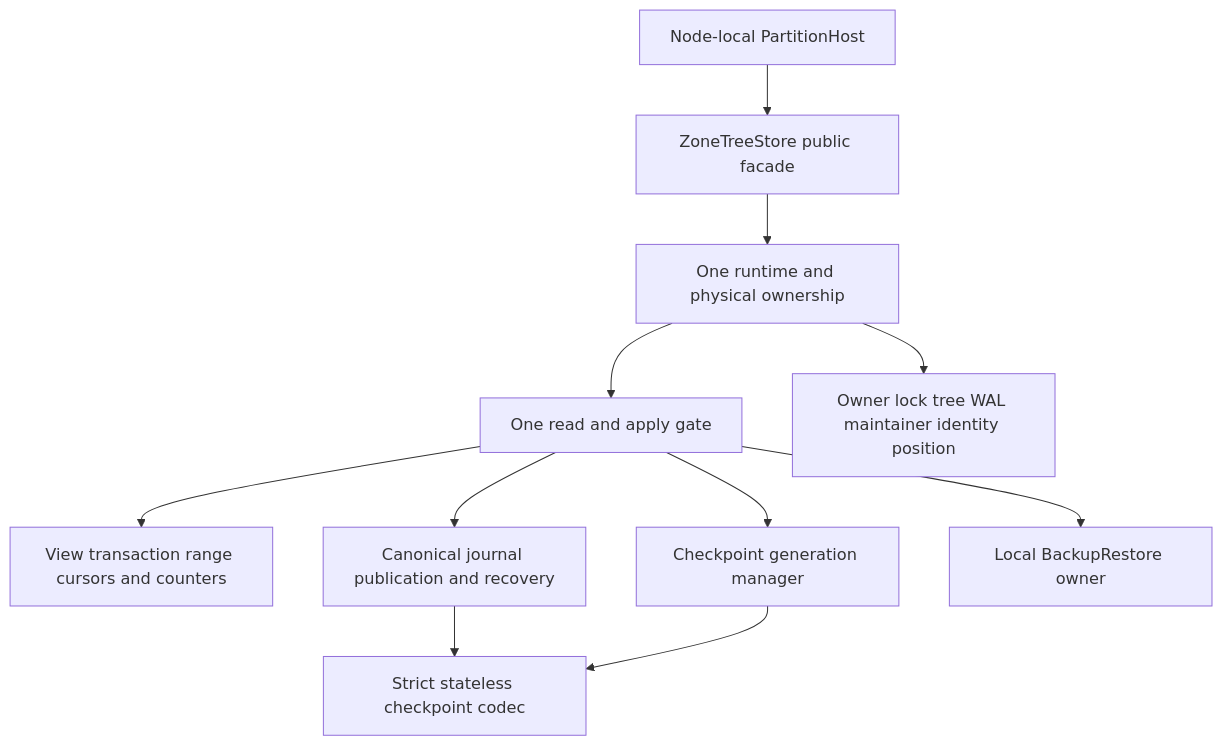
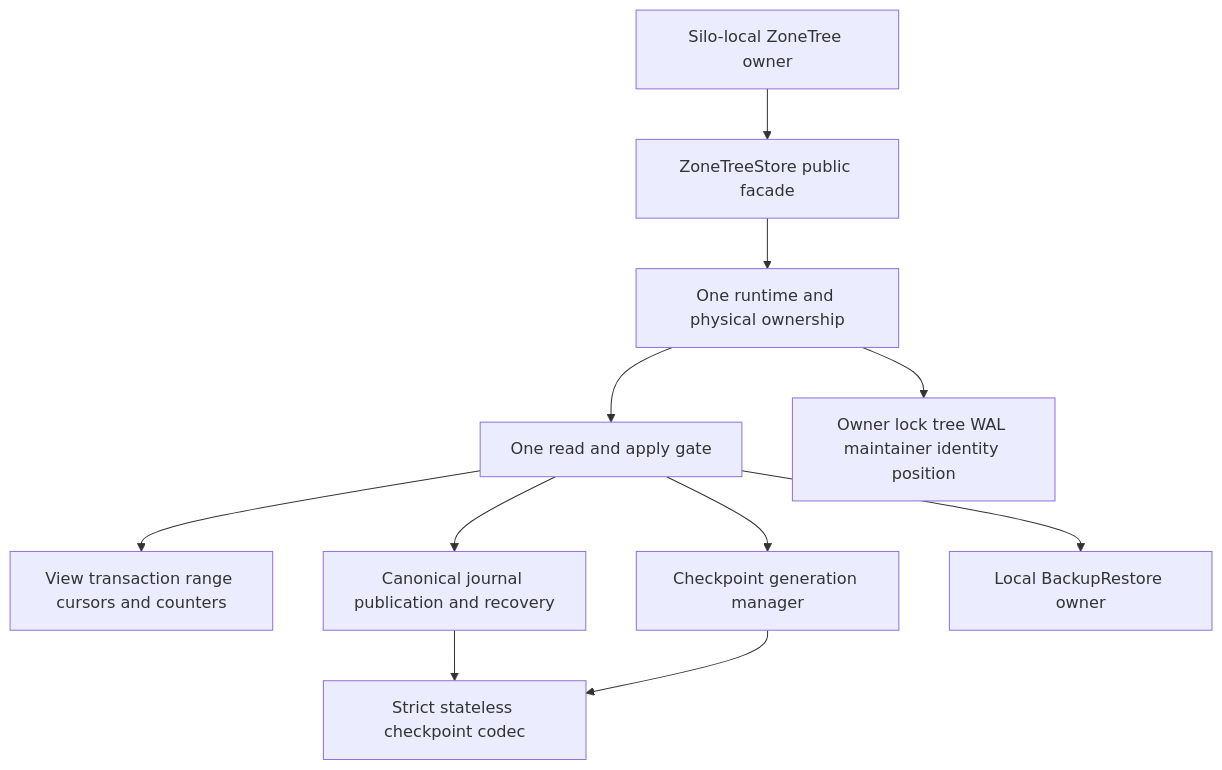
Before and after one commit to managedcode/KeyLoad: the diagram in docs/ADR/ADR-046-storage-private-owners.md, drawn with Mermaid. The commit also changed other lines of this file and 7356 other files, not shown here.

````diff
--- a/docs/ADR/ADR-046-storage-private-owners.md
+++ b/docs/ADR/ADR-046-storage-private-owners.md
@@ -73,13 +60,13 @@
 ```mermaid
 flowchart TD
-    Host[Node-local PartitionHost] --> Facade[ZoneTreeStore public facade]
+    Host[Silo-local ZoneTree owner] --> Facade[ZoneTreeStore public facade]
     Facade --> Runtime[One runtime and physical ownership]
     Runtime --> Gate[One read and apply gate]
     Runtime --> Handles[Owner lock tree WAL maintainer identity position]
     Gate --> Reads[View transaction range cursors and counters]
     Gate --> Journal[Canonical journal publication and recovery]
     Gate --> Generations[Checkpoint generation manager]
     Journal --> Codec[Strict stateless checkpoint codec]
     Generations --> Codec
     Gate --> Backup[Local BackupRestore owner]
 ```
````
